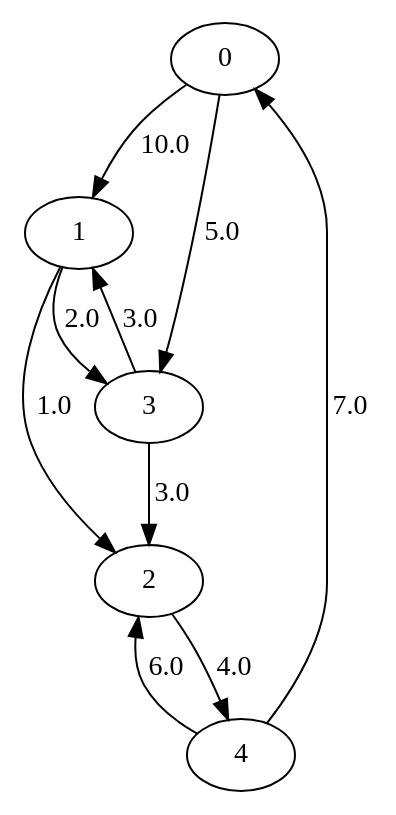
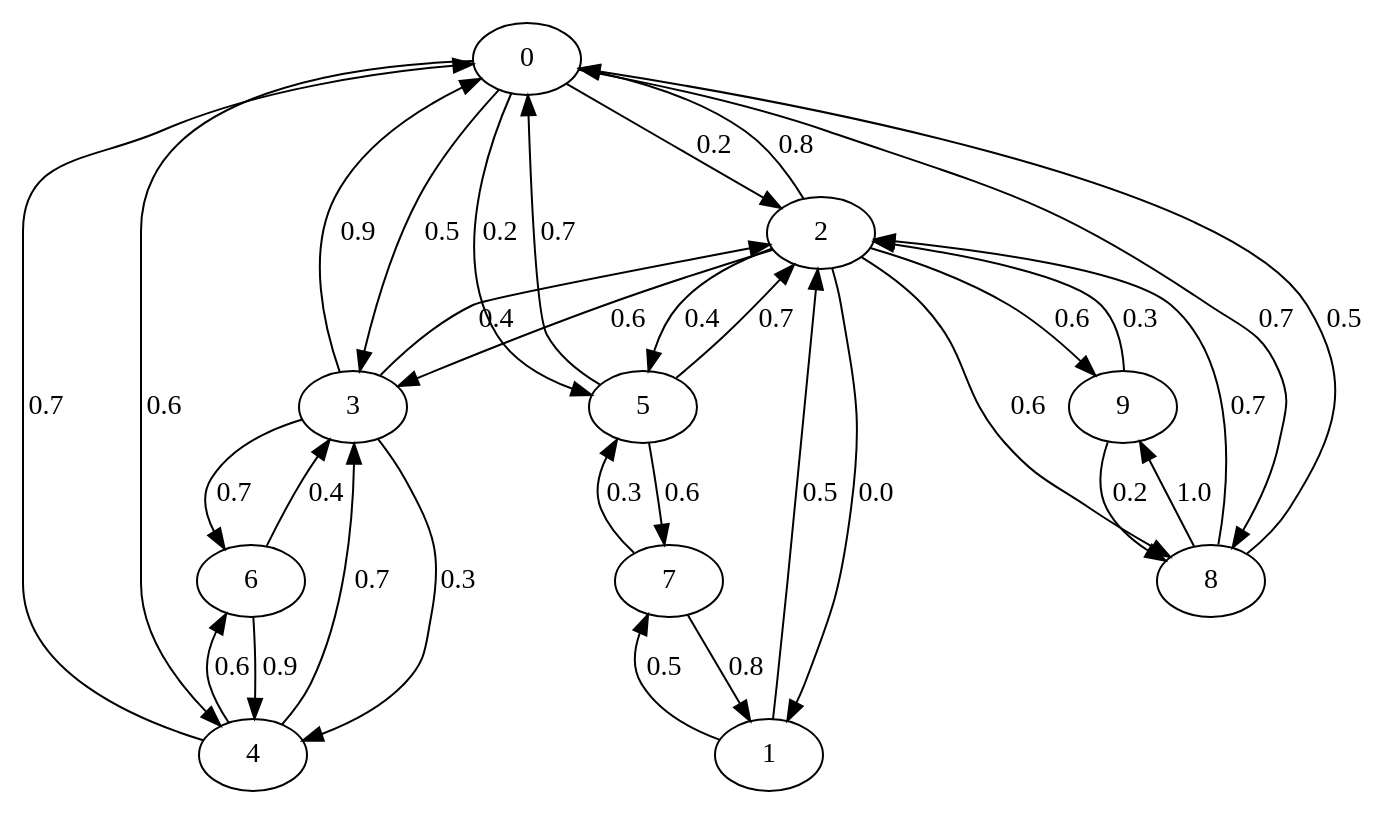
One commit to enzocussuol/Inflacao-Redes changed the diagram in grafo.dot. Above: the diagram before and after it, drawn with Graphviz. The commit also changed 7 other files, not shown here.

```diff
--- a/grafo.dot
+++ b/grafo.dot
@@ -1,11 +1,34 @@
 digraph{
-0 -> 1[label="10.0"];
-0 -> 3[label="5.0"];
-1 -> 3[label="2.0"];
-1 -> 2[label="1.0"];
-2 -> 4[label="4.0"];
-3 -> 1[label="3.0"];
-3 -> 2[label="3.0"];
-4 -> 2[label="6.0"];
-4 -> 0[label="7.0"];
+0 -> 2[label="0.2"];
+0 -> 3[label="0.5"];
+0 -> 4[label="0.6"];
+0 -> 5[label="0.2"];
+0 -> 8[label="0.7"];
+1 -> 2[label="0.5"];
+1 -> 7[label="0.5"];
+2 -> 0[label="0.8"];
+2 -> 1[label="0.0"];
+2 -> 3[label="0.6"];
+2 -> 5[label="0.4"];
+2 -> 8[label="0.6"];
+2 -> 9[label="0.6"];
+3 -> 0[label="0.9"];
+3 -> 2[label="0.4"];
+3 -> 4[label="0.3"];
+3 -> 6[label="0.7"];
+4 -> 0[label="0.7"];
+4 -> 3[label="0.7"];
+4 -> 6[label="0.6"];
+5 -> 0[label="0.7"];
+5 -> 2[label="0.7"];
+5 -> 7[label="0.6"];
+6 -> 3[label="0.4"];
+6 -> 4[label="0.9"];
+7 -> 1[label="0.8"];
+7 -> 5[label="0.3"];
+8 -> 0[label="0.5"];
+8 -> 2[label="0.7"];
+8 -> 9[label="1.0"];
+9 -> 2[label="0.3"];
+9 -> 8[label="0.2"];
 }
```
